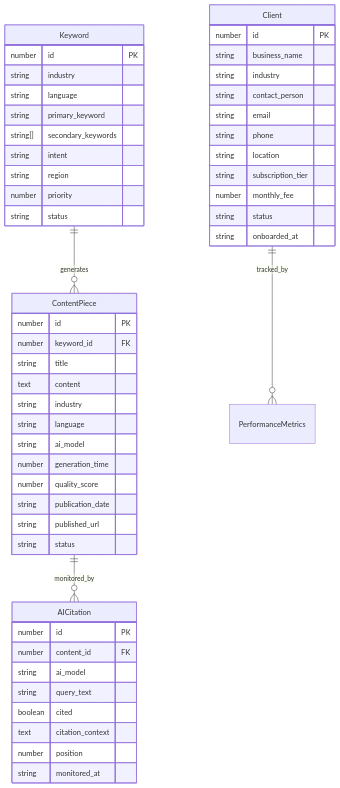
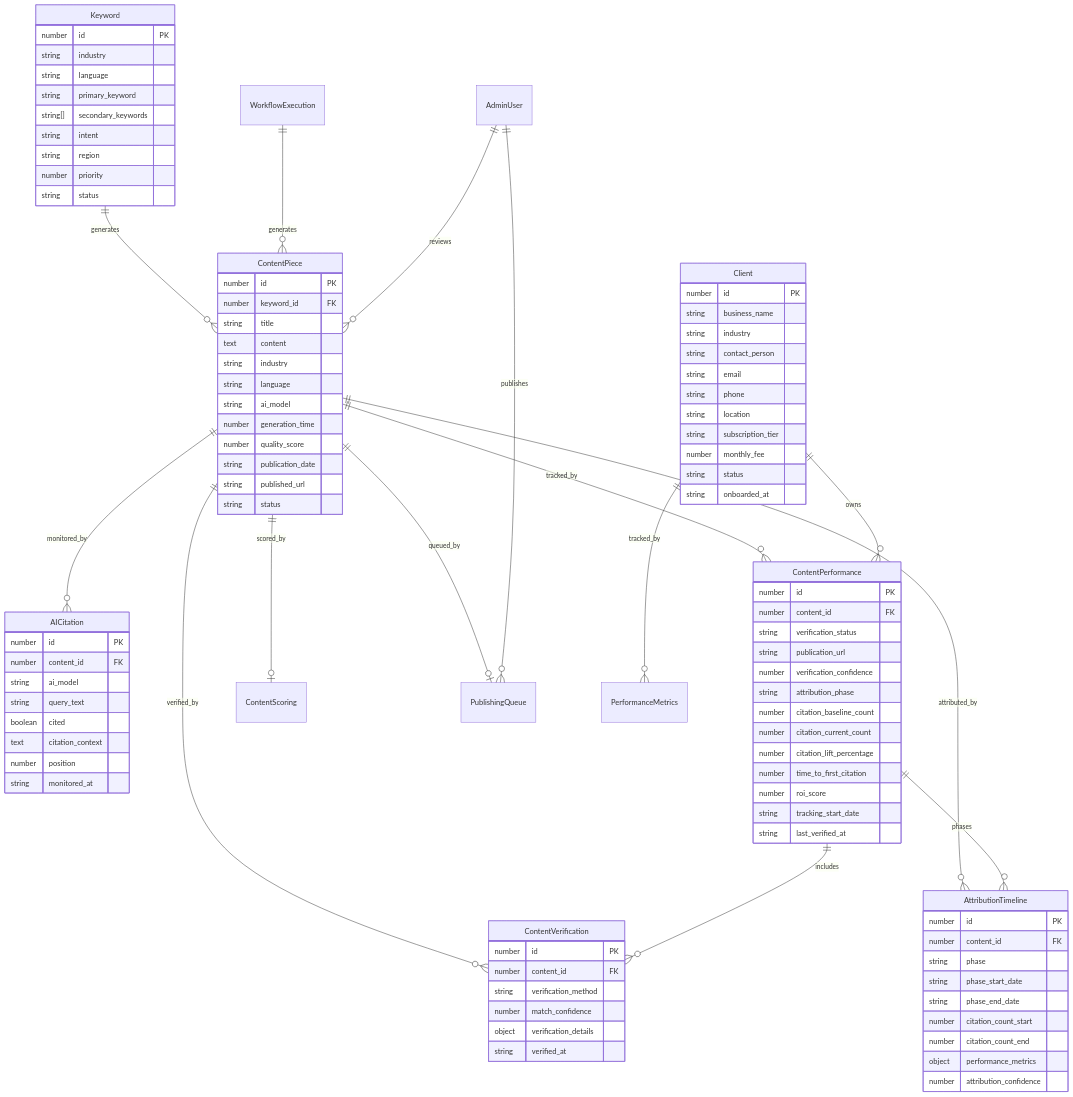
One commit to mansurirad/directdrive-authority-engine changed the diagram in docs/architecture/data-models.md. Above: the diagram before and after it, drawn with Mermaid. The commit also changed other lines of this file and 77 other files, not shown here.

```diff
--- a/docs/architecture/data-models.md
+++ b/docs/architecture/data-models.md
@@ -155,7 +604,18 @@
 erDiagram
     Keyword ||--o{ ContentPiece : generates
     ContentPiece ||--o{ AICitation : monitored_by
+    ContentPiece ||--o{ ContentPerformance : tracked_by
+    ContentPiece ||--o{ ContentVerification : verified_by
+    ContentPiece ||--o{ AttributionTimeline : attributed_by
+    ContentPiece ||--o| ContentScoring : scored_by
+    ContentPiece ||--o| PublishingQueue : queued_by
+    ContentPerformance ||--o{ ContentVerification : includes
+    ContentPerformance ||--o{ AttributionTimeline : phases
     Client ||--o{ PerformanceMetrics : tracked_by
+    Client ||--o{ ContentPerformance : owns
+    WorkflowExecution ||--o{ ContentPiece : generates
+    AdminUser ||--o{ ContentPiece : reviews
+    AdminUser ||--o{ PublishingQueue : publishes
     
     Keyword {
         number id PK
@@ -195,6 +655,43 @@
         string monitored_at
     }
     
+    ContentPerformance {
+        number id PK
+        number content_id FK
+        string verification_status
+        string publication_url
+        number verification_confidence
+        string attribution_phase
+        number citation_baseline_count
+        number citation_current_count
+        number citation_lift_percentage
+        number time_to_first_citation
+        number roi_score
+        string tracking_start_date
+        string last_verified_at
+    }
+    
+    ContentVerification {
+        number id PK
+        number content_id FK
+        string verification_method
+        number match_confidence
+        object verification_details
+        string verified_at
+    }
+    
+    AttributionTimeline {
+        number id PK
+        number content_id FK
+        string phase
+        string phase_start_date
+        string phase_end_date
+        number citation_count_start
+        number citation_count_end
+        object performance_metrics
+        number attribution_confidence
+    }
+    
     Client {
         number id PK
         string business_name
```
